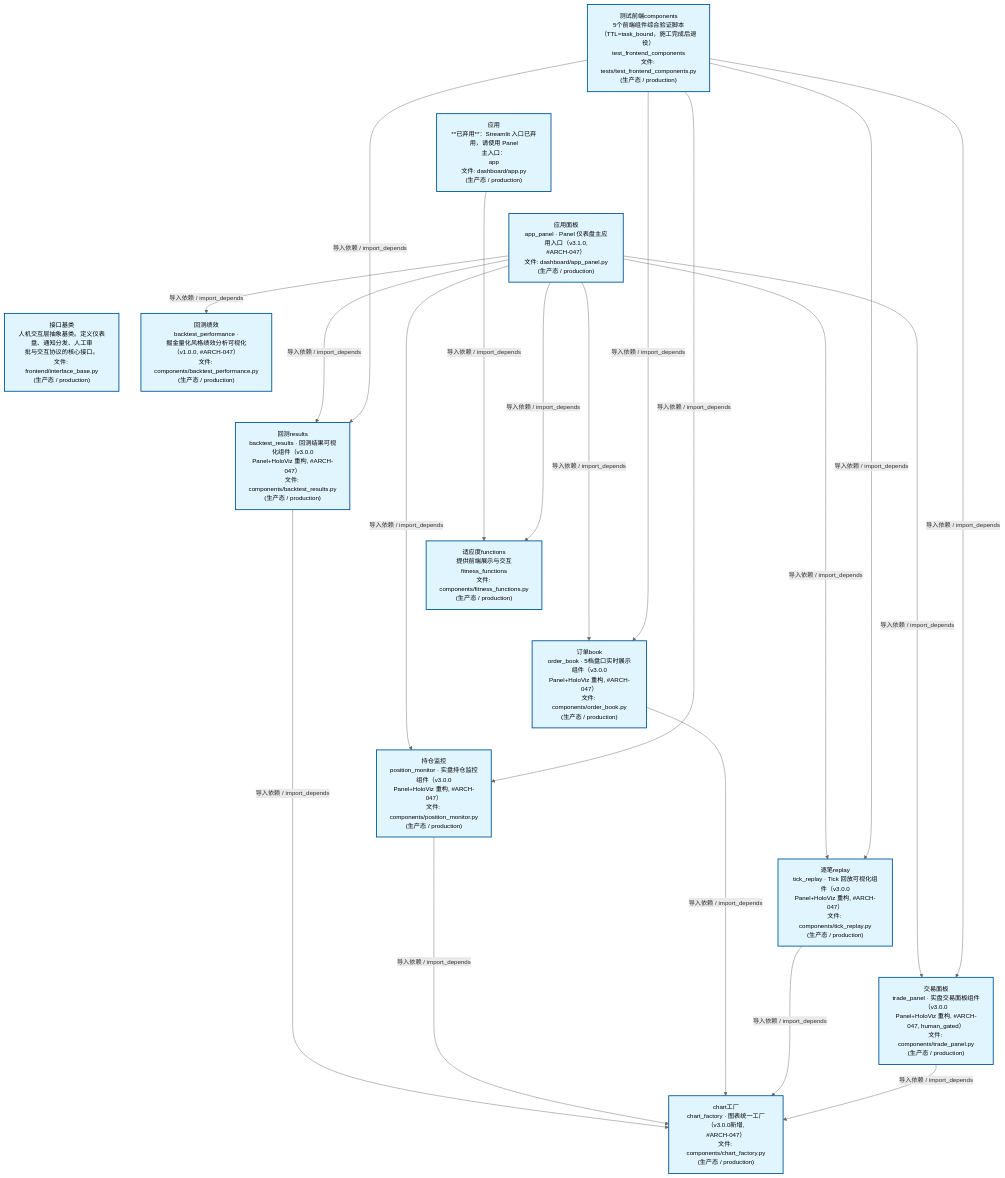
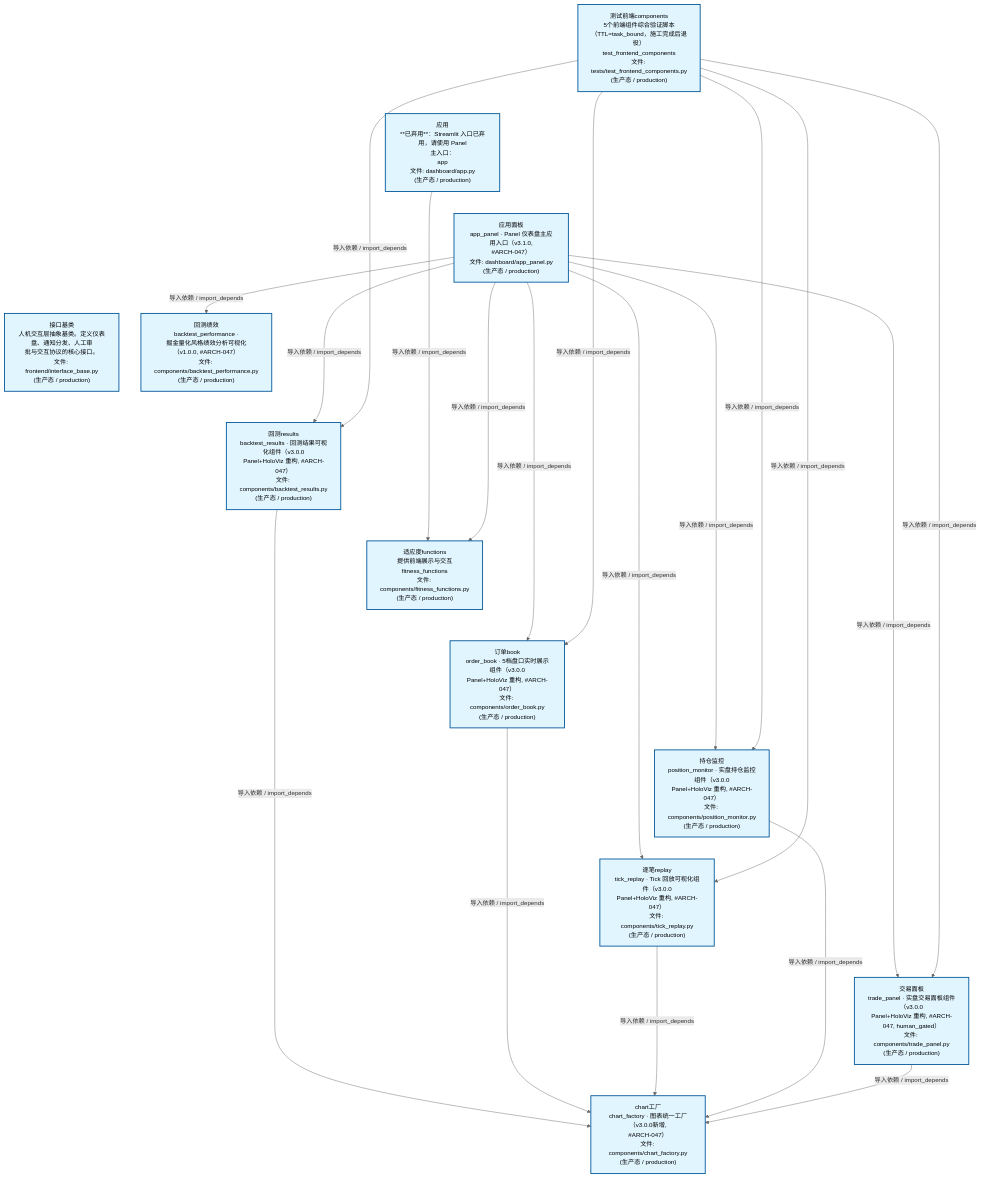
The second of 4 diagrams in docs/02_enterprise_architecture/02_domain_architecture_docs/47_d_frontend.md (xuanFelixVan/ZephyrAlpha), drawn with Mermaid before and after one commit. The commit also changed other lines of this file and 40 other files, not shown here.

````diff
--- a/docs/02_enterprise_architecture/02_domain_architecture_docs/47_d_frontend.md
+++ b/docs/02_enterprise_architecture/02_domain_architecture_docs/47_d_frontend.md
@@ -124,48 +124,48 @@
 ```mermaid
 %%{init: {'theme': 'base', 'themeVariables': {'primaryColor': '#eaeaea', 'primaryTextColor': '#333333', 'primaryBorderColor': '#666666', 'lineColor': '#666666', 'secondaryColor': '#eaeaea', 'tertiaryColor': '#eaeaea', 'fontSize': '14px'}}}%%
 flowchart TD
     scripts_tests_test_frontend_components_py["测试前端components<br/>5个前端组件综合验证脚本<br/>（TTL=task_bound，施工完成后退役）<br/>test_frontend_components<br/>文件: tests/test_frontend_components.py<br/>(生产态 / production)"]
     src_zephyr_frontend_dashboard_app_py["应用<br/>**已弃用**：Streamlit 入口已弃用，请使用 Panel<br/>主入口：<br/>app<br/>文件: dashboard/app.py<br/>(生产态 / production)"]
     src_zephyr_frontend_dashboard_app_panel_py["应用面板<br/>app_panel · Panel 仪表盘主应用入口（v3.1.0,<br/>#ARCH-047）<br/>文件: dashboard/app_panel.py<br/>(生产态 / production)"]
     src_zephyr_frontend_interface_base_py["接口基类<br/>人机交互层抽象基类。定义仪表盘、通知分发、人工审<br/>批与交互协议的核心接口。<br/>文件: frontend/interface_base.py<br/>(生产态 / production)"]
     scripts_tests_test_frontend_components_py ~~~ src_zephyr_frontend_dashboard_app_py
     src_zephyr_frontend_dashboard_app_py ~~~ src_zephyr_frontend_dashboard_app_panel_py
     src_zephyr_frontend_dashboard_app_panel_py ~~~ src_zephyr_frontend_interface_base_py
     src_zephyr_frontend_dashboard_components_backtest_performance_py["回测绩效<br/>backtest_performance ·<br/>掘金量化风格绩效分析可视化（v1.0.0, #ARCH-047）<br/>文件: components/backtest_performance.py<br/>(生产态 / production)"]
     src_zephyr_frontend_dashboard_components_backtest_results_py["回测results<br/>backtest_results · 回测结果可视化组件（v3.0.0<br/>Panel+HoloViz 重构, #ARCH-047）<br/>文件: components/backtest_results.py<br/>(生产态 / production)"]
     src_zephyr_frontend_dashboard_components_fitness_functions_py["适应度functions<br/>提供前端展示与交互<br/>fitness_functions<br/>文件: components/fitness_functions.py<br/>(生产态 / production)"]
     src_zephyr_frontend_dashboard_components_order_book_py["订单book<br/>order_book · 5档盘口实时展示组件（v3.0.0<br/>Panel+HoloViz 重构, #ARCH-047）<br/>文件: components/order_book.py<br/>(生产态 / production)"]
     src_zephyr_frontend_dashboard_components_position_monitor_py["持仓监控<br/>position_monitor · 实盘持仓监控组件（v3.0.0<br/>Panel+HoloViz 重构, #ARCH-047）<br/>文件: components/position_monitor.py<br/>(生产态 / production)"]
     src_zephyr_frontend_dashboard_components_tick_replay_py["逐笔replay<br/>tick_replay · Tick 回放可视化组件（v3.0.0<br/>Panel+HoloViz 重构, #ARCH-047）<br/>文件: components/tick_replay.py<br/>(生产态 / production)"]
     src_zephyr_frontend_dashboard_components_trade_panel_py["交易面板<br/>trade_panel · 实盘交易面板组件（v3.0.0<br/>Panel+HoloViz 重构, #ARCH-047, human_gated）<br/>文件: components/trade_panel.py<br/>(生产态 / production)"]
     src_zephyr_frontend_dashboard_components_backtest_performance_py ~~~ src_zephyr_frontend_dashboard_components_backtest_results_py
     src_zephyr_frontend_dashboard_components_backtest_results_py ~~~ src_zephyr_frontend_dashboard_components_fitness_functions_py
     src_zephyr_frontend_dashboard_components_fitness_functions_py ~~~ src_zephyr_frontend_dashboard_components_order_book_py
     src_zephyr_frontend_dashboard_components_order_book_py ~~~ src_zephyr_frontend_dashboard_components_position_monitor_py
     src_zephyr_frontend_dashboard_components_position_monitor_py ~~~ src_zephyr_frontend_dashboard_components_tick_replay_py
     src_zephyr_frontend_dashboard_components_tick_replay_py ~~~ src_zephyr_frontend_dashboard_components_trade_panel_py
     src_zephyr_frontend_dashboard_components_chart_factory_py["chart工厂<br/>chart_factory · 图表统一工厂（v3.0.0新增,<br/>#ARCH-047）<br/>文件: components/chart_factory.py<br/>(生产态 / production)"]
     src_zephyr_frontend_dashboard_app_py -->|导入依赖 / import_depends| src_zephyr_frontend_dashboard_components_fitness_functions_py
+    src_zephyr_frontend_dashboard_app_panel_py -->|导入依赖 / import_depends| src_zephyr_frontend_dashboard_components_backtest_performance_py
+    src_zephyr_frontend_dashboard_app_panel_py -->|导入依赖 / import_depends| src_zephyr_frontend_dashboard_components_backtest_results_py
     src_zephyr_frontend_dashboard_app_panel_py -->|导入依赖 / import_depends| src_zephyr_frontend_dashboard_components_fitness_functions_py
-    src_zephyr_frontend_dashboard_app_panel_py -->|导入依赖 / import_depends| src_zephyr_frontend_dashboard_components_backtest_results_py
-    src_zephyr_frontend_dashboard_app_panel_py -->|导入依赖 / import_depends| src_zephyr_frontend_dashboard_components_backtest_performance_py
-    src_zephyr_frontend_dashboard_app_panel_py -->|导入依赖 / import_depends| src_zephyr_frontend_dashboard_components_position_monitor_py
     src_zephyr_frontend_dashboard_app_panel_py -->|导入依赖 / import_depends| src_zephyr_frontend_dashboard_components_order_book_py
     src_zephyr_frontend_dashboard_app_panel_py -->|导入依赖 / import_depends| src_zephyr_frontend_dashboard_components_tick_replay_py
+    src_zephyr_frontend_dashboard_app_panel_py -->|导入依赖 / import_depends| src_zephyr_frontend_dashboard_components_position_monitor_py
     src_zephyr_frontend_dashboard_app_panel_py -->|导入依赖 / import_depends| src_zephyr_frontend_dashboard_components_trade_panel_py
     src_zephyr_frontend_dashboard_components_backtest_results_py -->|导入依赖 / import_depends| src_zephyr_frontend_dashboard_components_chart_factory_py
-    src_zephyr_frontend_dashboard_components_position_monitor_py -->|导入依赖 / import_depends| src_zephyr_frontend_dashboard_components_chart_factory_py
     src_zephyr_frontend_dashboard_components_order_book_py -->|导入依赖 / import_depends| src_zephyr_frontend_dashboard_components_chart_factory_py
     src_zephyr_frontend_dashboard_components_tick_replay_py -->|导入依赖 / import_depends| src_zephyr_frontend_dashboard_components_chart_factory_py
+    src_zephyr_frontend_dashboard_components_position_monitor_py -->|导入依赖 / import_depends| src_zephyr_frontend_dashboard_components_chart_factory_py
     src_zephyr_frontend_dashboard_components_trade_panel_py -->|导入依赖 / import_depends| src_zephyr_frontend_dashboard_components_chart_factory_py
     scripts_tests_test_frontend_components_py -->|导入依赖 / import_depends| src_zephyr_frontend_dashboard_components_backtest_results_py
-    scripts_tests_test_frontend_components_py -->|导入依赖 / import_depends| src_zephyr_frontend_dashboard_components_position_monitor_py
     scripts_tests_test_frontend_components_py -->|导入依赖 / import_depends| src_zephyr_frontend_dashboard_components_order_book_py
     scripts_tests_test_frontend_components_py -->|导入依赖 / import_depends| src_zephyr_frontend_dashboard_components_tick_replay_py
+    scripts_tests_test_frontend_components_py -->|导入依赖 / import_depends| src_zephyr_frontend_dashboard_components_position_monitor_py
     scripts_tests_test_frontend_components_py -->|导入依赖 / import_depends| src_zephyr_frontend_dashboard_components_trade_panel_py
     classDef production fill:#e1f5fe,stroke:#01579b,stroke-width:2px,color:#000
     classDef design fill:#fff3e0,stroke:#e65100,stroke-width:2px,color:#000,stroke-dasharray: 5 5
     classDef external_prod fill:#e8f4fd,stroke:#0277bd,stroke-width:1px,color:#000
     classDef external_design fill:#fff8e7,stroke:#ef6c00,stroke-width:1px,color:#000,stroke-dasharray: 5 5
     class scripts_tests_test_frontend_components_py,src_zephyr_frontend_dashboard_app_py,src_zephyr_frontend_dashboard_app_panel_py,src_zephyr_frontend_dashboard_components_backtest_performance_py,src_zephyr_frontend_dashboard_components_backtest_results_py,src_zephyr_frontend_dashboard_components_chart_factory_py,src_zephyr_frontend_dashboard_components_fitness_functions_py,src_zephyr_frontend_dashboard_components_order_book_py,src_zephyr_frontend_dashboard_components_position_monitor_py,src_zephyr_frontend_dashboard_components_tick_replay_py,src_zephyr_frontend_dashboard_components_trade_panel_py,src_zephyr_frontend_interface_base_py production
 ```
````
